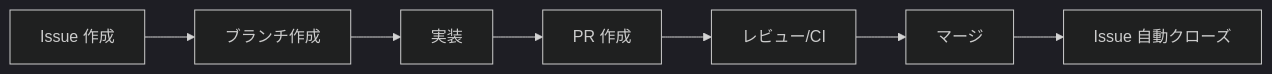
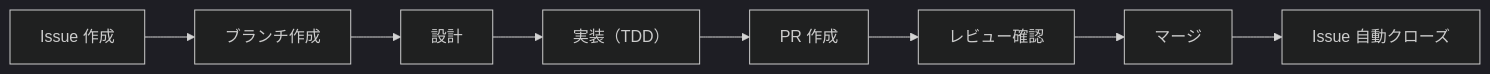
Before and after one commit to ka2kama/ringiflow: the first of 2 diagrams in docs/04_手順書/04_開発フロー/01_Issue駆動開発.md, drawn with Mermaid (dark theme). The commit also changed other lines of this file and 4 other files, not shown here.

````diff
--- a/docs/04_手順書/04_開発フロー/01_Issue駆動開発.md
+++ b/docs/04_手順書/04_開発フロー/01_Issue駆動開発.md
@@ -20,9 +20,10 @@
 ```mermaid
 flowchart LR
     A["Issue 作成"] --> B["ブランチ作成"]
-    B --> C["実装"]
-    C --> D["PR 作成"]
-    D --> E["レビュー/CI"]
-    E --> F["マージ"]
-    F --> G["Issue 自動クローズ"]
+    B --> C["設計"]
+    C --> D["実装（TDD）"]
+    D --> E["PR 作成"]
+    E --> F["レビュー確認"]
+    F --> G["マージ"]
+    G --> H["Issue 自動クローズ"]
 ```
````
